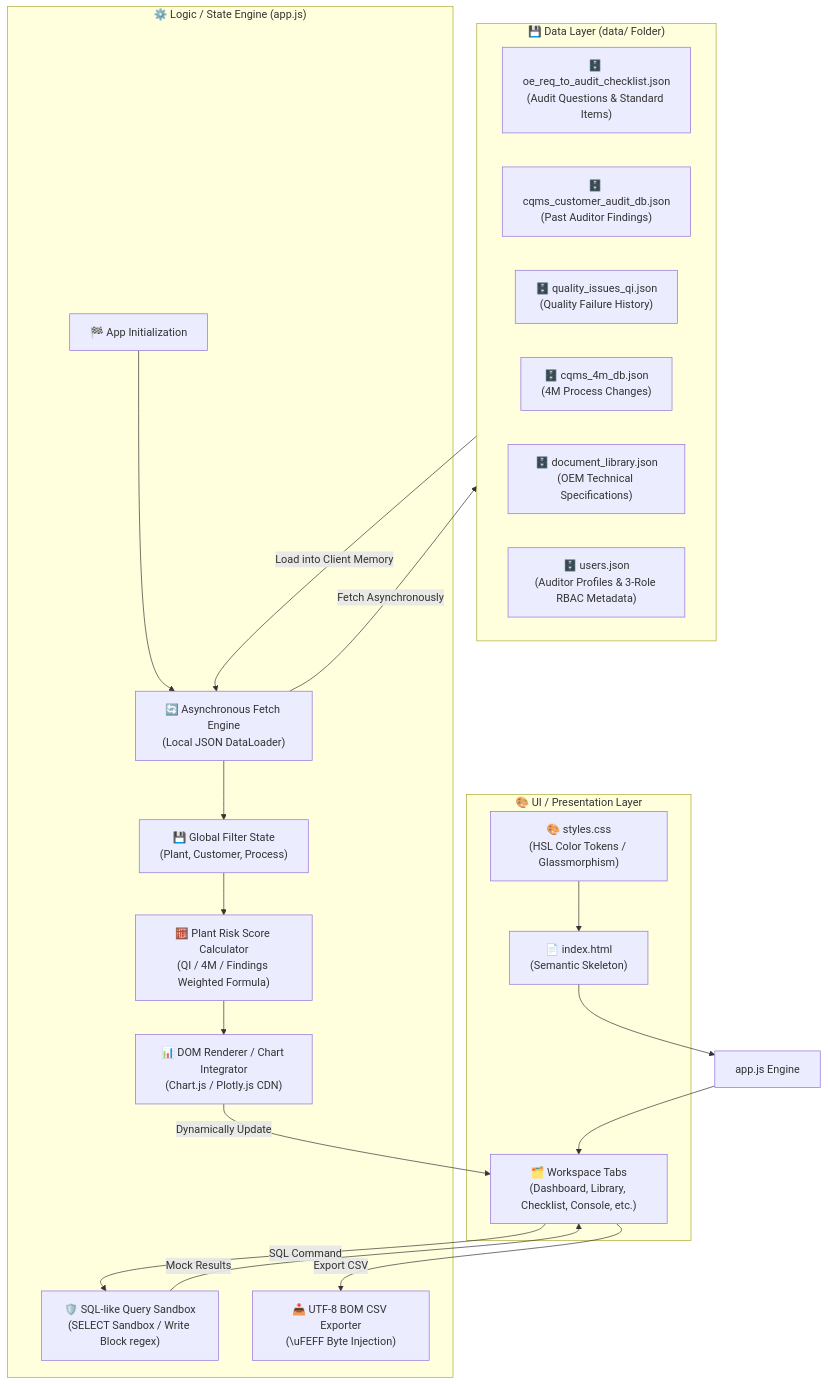
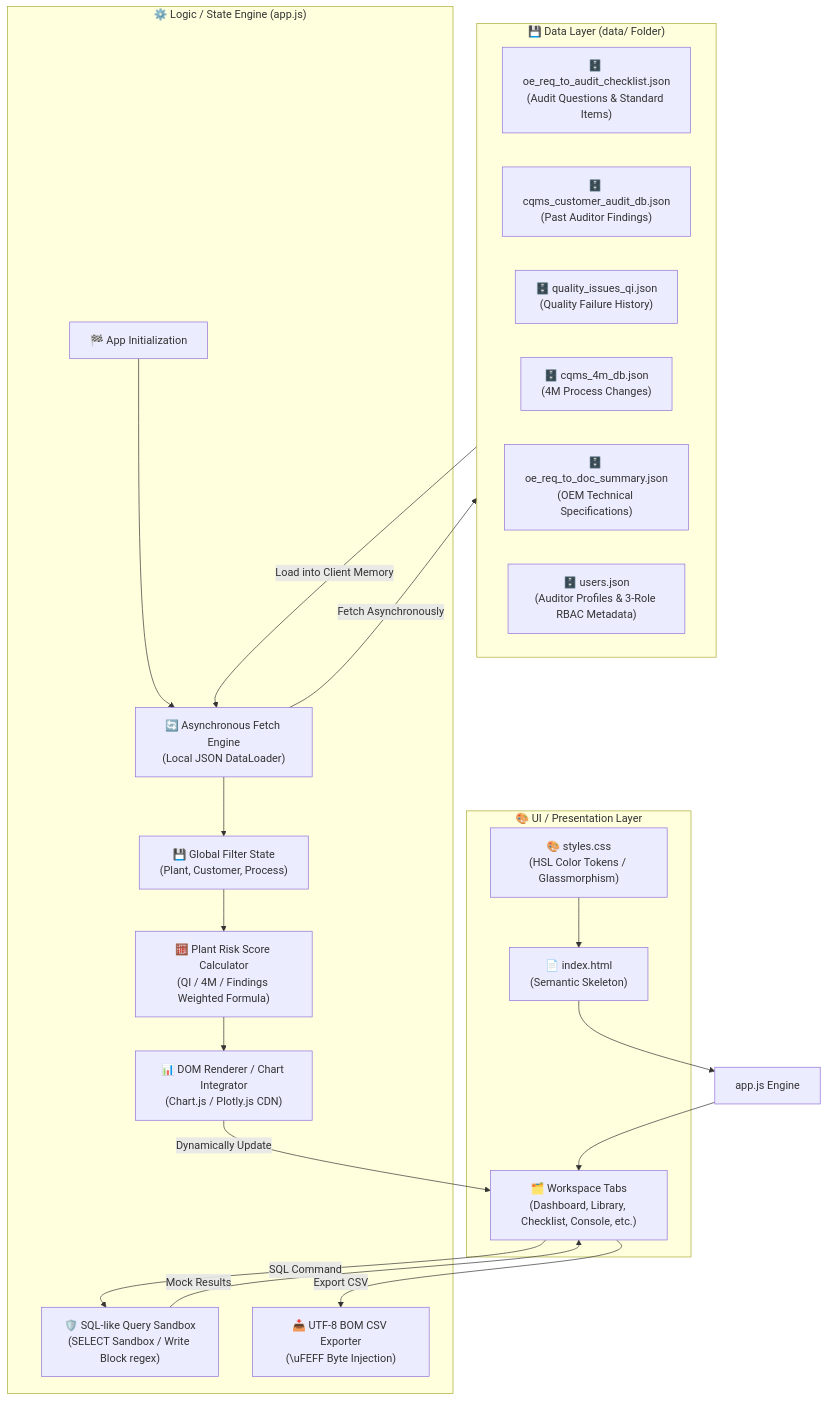
One commit to jumasi-34/RiskHunter changed the diagram in context/12_project_structure_and_coding_rules.md. Above: the diagram before and after it, drawn with Mermaid. The commit also changed other lines of this file and 7 other files, not shown here.

Commit message:
refactor: update all references and Python scripts to point to renamed data/oe_req_to_doc_summary.json

````diff
--- a/context/12_project_structure_and_coding_rules.md
+++ b/context/12_project_structure_and_coding_rules.md
@@ -11,48 +11,48 @@
 ```mermaid
 graph TD
     subgraph UI_Layer ["🎨 UI / Presentation Layer"]
         HTML["📄 index.html<br>(Semantic Skeleton)"]
         CSS["🎨 styles.css<br>(HSL Color Tokens / Glassmorphism)"]
         Tab["🗂️ Workspace Tabs<br>(Dashboard, Library, Checklist, Console, etc.)"]
     end
 
     subgraph Logic_Layer ["⚙️ Logic / State Engine (app.js)"]
         Init["🏁 App Initialization"]
         FetchEngine["🔄 Asynchronous Fetch Engine<br>(Local JSON DataLoader)"]
         State["💾 Global Filter State<br>(Plant, Customer, Process)"]
         RiskCalc["🧮 Plant Risk Score Calculator<br>(QI / 4M / Findings Weighted Formula)"]
         UIRender["📊 DOM Renderer / Chart Integrator<br>(Chart.js / Plotly.js CDN)"]
         SQLSandbox["🛡️ SQL-like Query Sandbox<br>(SELECT Sandbox / Write Block regex)"]
         CSVExport["📥 UTF-8 BOM CSV Exporter<br>(\uFEFF Byte Injection)"]
     end
 
     subgraph Data_Layer ["💾 Data Layer (data/ Folder)"]
         JSON_Checklist["🗄️ oe_req_to_audit_checklist.json<br>(Audit Questions & Standard Items)"]
         JSON_Findings["🗄️ cqms_customer_audit_db.json<br>(Past Auditor Findings)"]
         JSON_QI["🗄️ quality_issues_qi.json<br>(Quality Failure History)"]
         JSON_4M["🗄️ cqms_4m_db.json<br>(4M Process Changes)"]
-        JSON_Doc["🗄️ document_library.json<br>(OEM Technical Specifications)"]
+        JSON_Doc["🗄️ oe_req_to_doc_summary.json<br>(OEM Technical Specifications)"]
         JSON_Users["🗄️ users.json<br>(Auditor Profiles & 3-Role RBAC Metadata)"]
     end
 
     %% UI to Logic
     HTML --> AppJS["app.js Engine"]
     CSS --> HTML
     AppJS --> Tab
     
     %% Initialization flow
     Init --> FetchEngine
     FetchEngine -->|Fetch Asynchronously| Data_Layer
     Data_Layer -->|Load into Client Memory| FetchEngine
     FetchEngine --> State
     
     %% Logic operations
     State --> RiskCalc
     RiskCalc --> UIRender
     UIRender -->|Dynamically Update| Tab
     
     %% Security & Exports
     Tab -->|SQL Command| SQLSandbox
     SQLSandbox -->|Mock Results| Tab
     Tab -->|Export CSV| CSVExport
 ```
````
